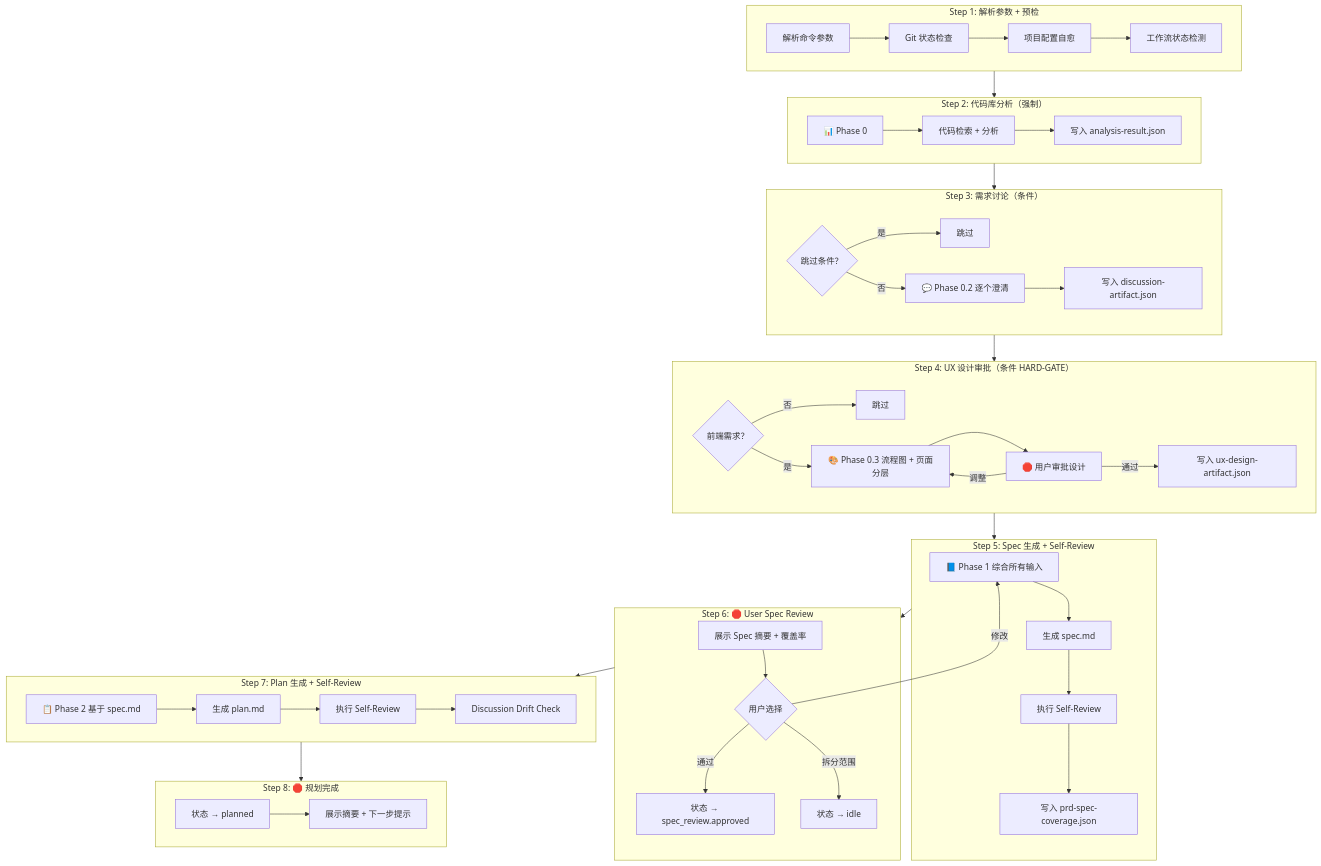
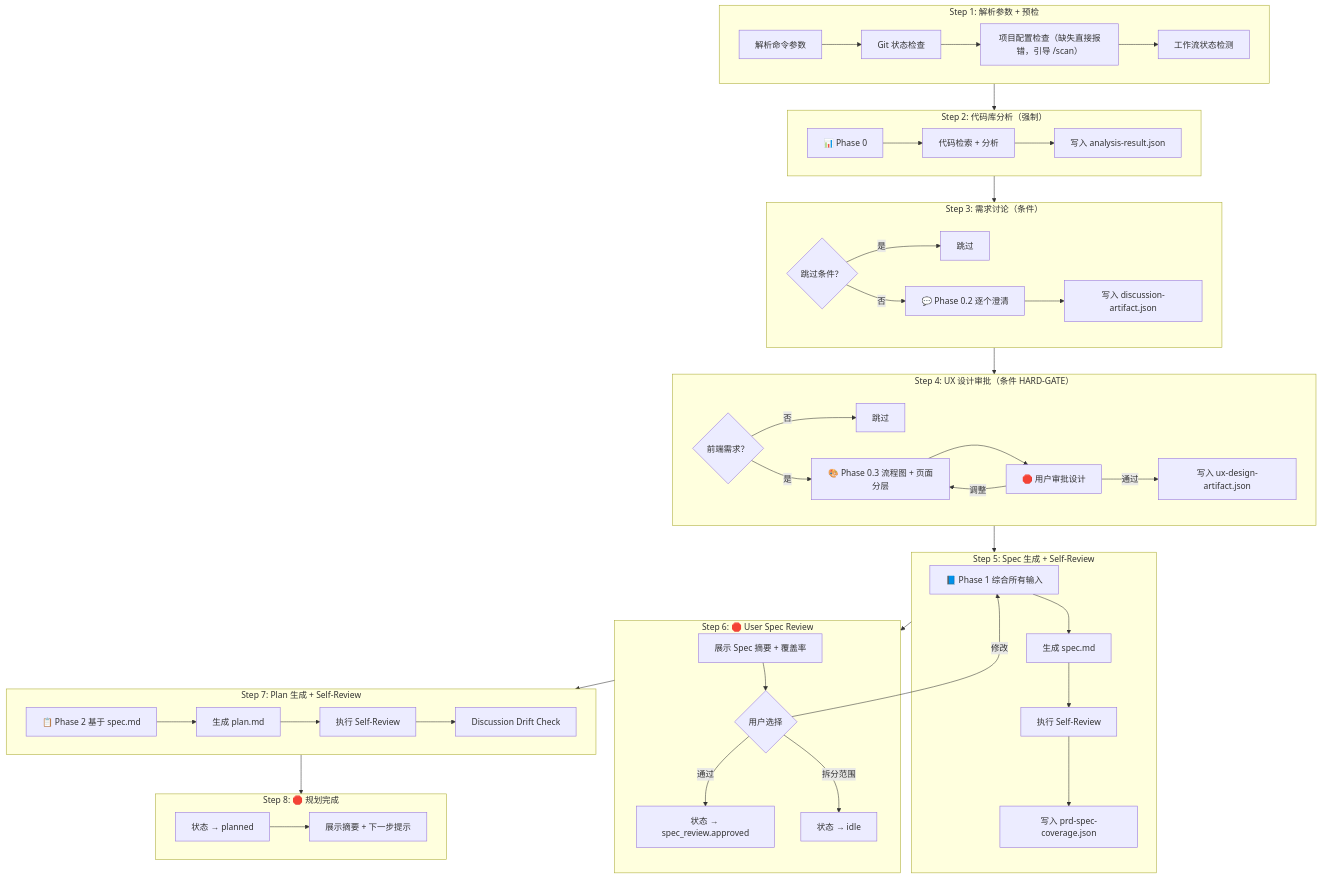
The second of 9 diagrams in Claude-Code-工作流体系指南.md (fan776783/claude-workflow), drawn with Mermaid before and after one commit. The commit also changed other lines of this file and 2 other files, not shown here.

````diff
--- a/Claude-Code-工作流体系指南.md
+++ b/Claude-Code-工作流体系指南.md
@@ -416,60 +417,60 @@
 ```mermaid
 flowchart TD
     subgraph Step1["Step 1: 解析参数 + 预检"]
         A1["解析命令参数"] --> A2["Git 状态检查"]
-        A2 --> A3["项目配置自愈"]
+        A2 --> A3["项目配置检查（缺失直接报错，引导 /scan）"]
         A3 --> A4["工作流状态检测"]
     end
 
     subgraph Step2["Step 2: 代码库分析（强制）"]
         B1["📊 Phase 0"] --> B2["代码检索 + 分析"]
         B2 --> B3["写入 analysis-result.json"]
     end
 
     subgraph Step3["Step 3: 需求讨论（条件）"]
         C1{"跳过条件？"} -->|是| C4["跳过"]
         C1 -->|否| C2["💬 Phase 0.2 逐个澄清"]
         C2 --> C3["写入 discussion-artifact.json"]
     end
 
     subgraph Step4["Step 4: UX 设计审批（条件 HARD-GATE）"]
         D1{"前端需求？"} -->|否| D4["跳过"]
         D1 -->|是| D2["🎨 Phase 0.3 流程图 + 页面分层"]
         D2 --> D3["🛑 用户审批设计"]
         D3 -->|通过| D5["写入 ux-design-artifact.json"]
         D3 -->|调整| D2
     end
 
     subgraph Step5["Step 5: Spec 生成 + Self-Review"]
         E1["📘 Phase 1 综合所有输入"] --> E2["生成 spec.md"]
         E2 --> E3["执行 Self-Review"]
         E3 --> E4["写入 prd-spec-coverage.json"]
     end
 
     subgraph Step6["Step 6: 🛑 User Spec Review"]
         F1["展示 Spec 摘要 + 覆盖率"]
         F1 --> F2{"用户选择"}
         F2 -->|"通过"| F3["状态 → spec_review.approved"]
         F2 -->|"修改"| E1
         F2 -->|"拆分范围"| F4["状态 → idle"]
     end
 
     subgraph Step7["Step 7: Plan 生成 + Self-Review"]
         G1["📋 Phase 2 基于 spec.md"] --> G2["生成 plan.md"]
         G2 --> G3["执行 Self-Review"]
         G3 --> G4["Discussion Drift Check"]
     end
 
     subgraph Step8["Step 8: 🛑 规划完成"]
         H1["状态 → planned"]
         H1 --> H2["展示摘要 + 下一步提示"]
     end
 
     Step1 --> Step2
     Step2 --> Step3
     Step3 --> Step4
     Step4 --> Step5
     Step5 --> Step6
     Step6 --> Step7
     Step7 --> Step8
 ```
````
